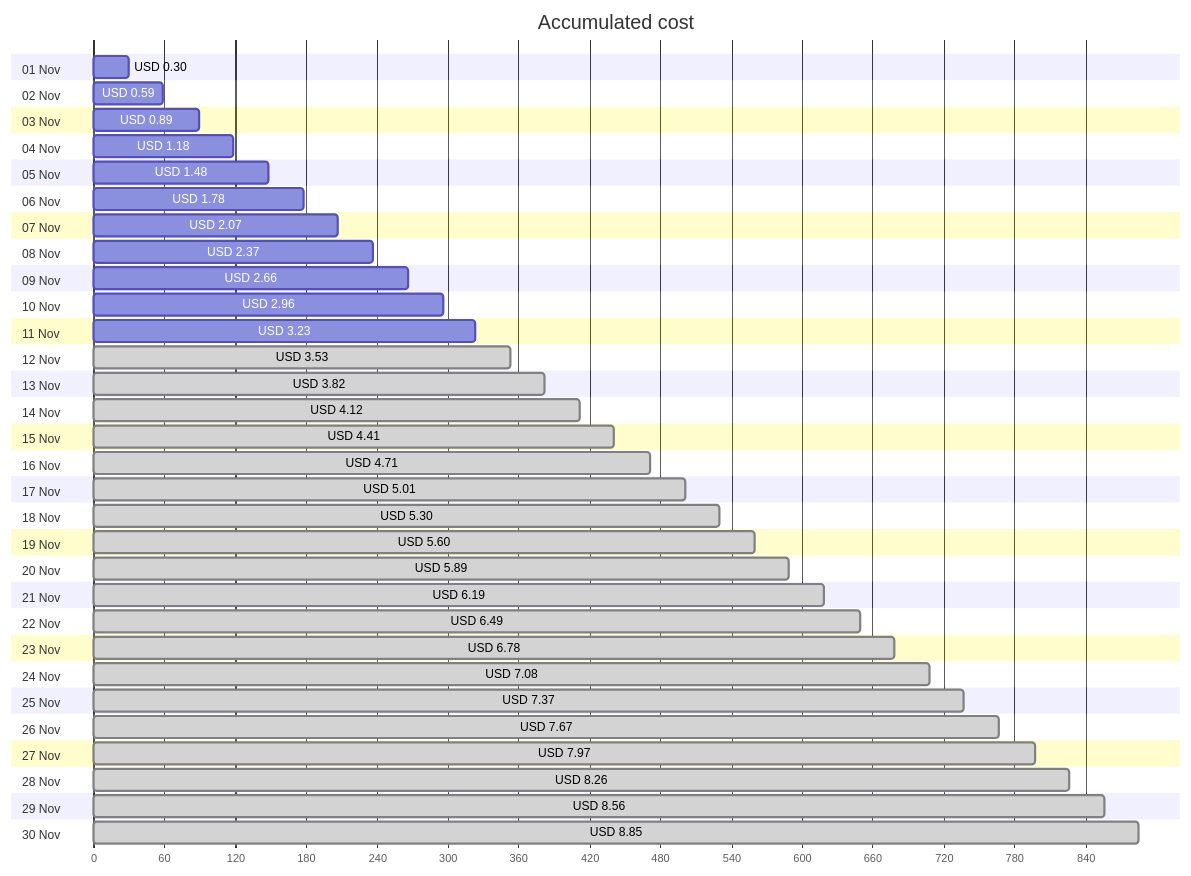
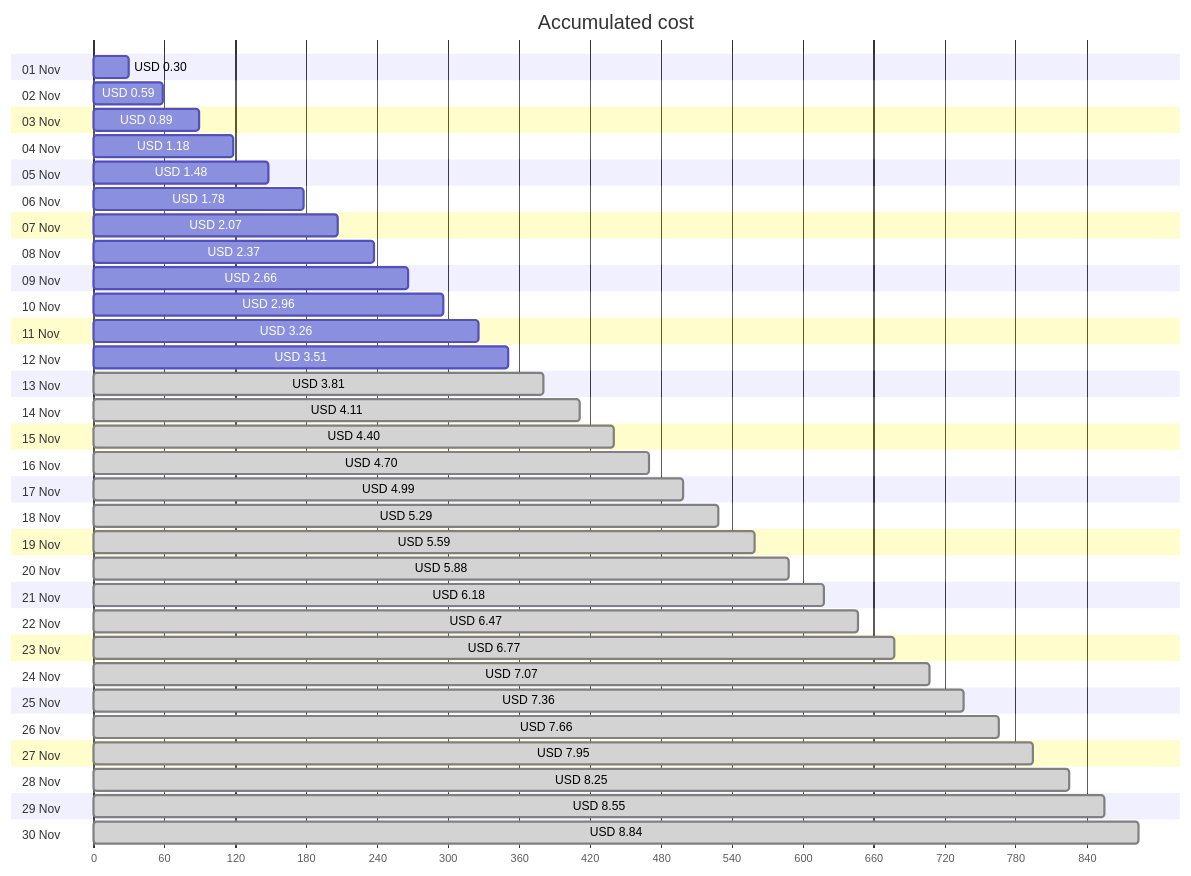
Before and after one commit to jpfulton/azure-personal-reports: the first of 4 diagrams in cost-reports/personal-site/personal-site-preview.md, drawn with Mermaid. The commit also changed other lines of this file and 6 other files, not shown here.

````diff
--- a/cost-reports/personal-site/personal-site-preview.md
+++ b/cost-reports/personal-site/personal-site-preview.md
@@ -20,66 +20,66 @@
 ```mermaid
 gantt
    title Accumulated cost
    dateFormat  X
    axisFormat %s
    section 01 Nov
    USD 0.30 :0, 30
    section 02 Nov
    USD 0.59 :0, 59
    section 03 Nov
    USD 0.89 :0, 89
    section 04 Nov
    USD 1.18 :0, 118
    section 05 Nov
    USD 1.48 :0, 148
    section 06 Nov
    USD 1.78 :0, 178
    section 07 Nov
    USD 2.07 :0, 207
    section 08 Nov
    USD 2.37 :0, 237
    section 09 Nov
    USD 2.66 :0, 266
    section 10 Nov
    USD 2.96 :0, 296
    section 11 Nov
-   USD 3.23 :0, 323
+   USD 3.26 :0, 326
    section 12 Nov
-   USD 3.53 : done, 0, 353
+   USD 3.51 :0, 351
    section 13 Nov
-   USD 3.82 : done, 0, 382
+   USD 3.81 : done, 0, 381
    section 14 Nov
-   USD 4.12 : done, 0, 412
+   USD 4.11 : done, 0, 411
    section 15 Nov
-   USD 4.41 : done, 0, 441
+   USD 4.40 : done, 0, 440
    section 16 Nov
-   USD 4.71 : done, 0, 471
+   USD 4.70 : done, 0, 470
    section 17 Nov
-   USD 5.01 : done, 0, 501
+   USD 4.99 : done, 0, 499
    section 18 Nov
-   USD 5.30 : done, 0, 530
+   USD 5.29 : done, 0, 529
    section 19 Nov
-   USD 5.60 : done, 0, 560
+   USD 5.59 : done, 0, 559
    section 20 Nov
-   USD 5.89 : done, 0, 589
+   USD 5.88 : done, 0, 588
    section 21 Nov
-   USD 6.19 : done, 0, 619
+   USD 6.18 : done, 0, 618
    section 22 Nov
-   USD 6.49 : done, 0, 649
+   USD 6.47 : done, 0, 647
    section 23 Nov
-   USD 6.78 : done, 0, 678
+   USD 6.77 : done, 0, 677
    section 24 Nov
-   USD 7.08 : done, 0, 708
+   USD 7.07 : done, 0, 707
    section 25 Nov
-   USD 7.37 : done, 0, 737
+   USD 7.36 : done, 0, 736
    section 26 Nov
-   USD 7.67 : done, 0, 767
+   USD 7.66 : done, 0, 766
    section 27 Nov
-   USD 7.97 : done, 0, 797
+   USD 7.95 : done, 0, 795
    section 28 Nov
-   USD 8.26 : done, 0, 826
+   USD 8.25 : done, 0, 825
    section 29 Nov
-   USD 8.56 : done, 0, 856
+   USD 8.55 : done, 0, 855
    section 30 Nov
-   USD 8.85 : done, 0, 885
+   USD 8.84 : done, 0, 884
 ```
````
